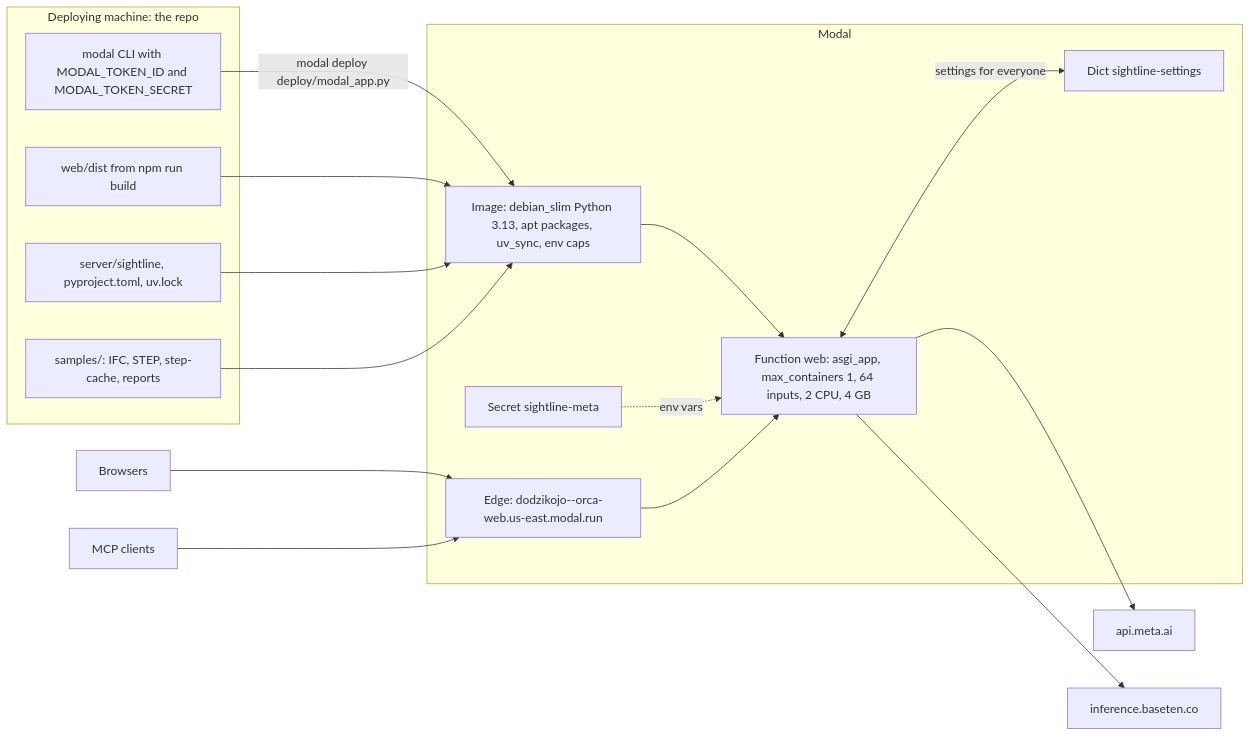
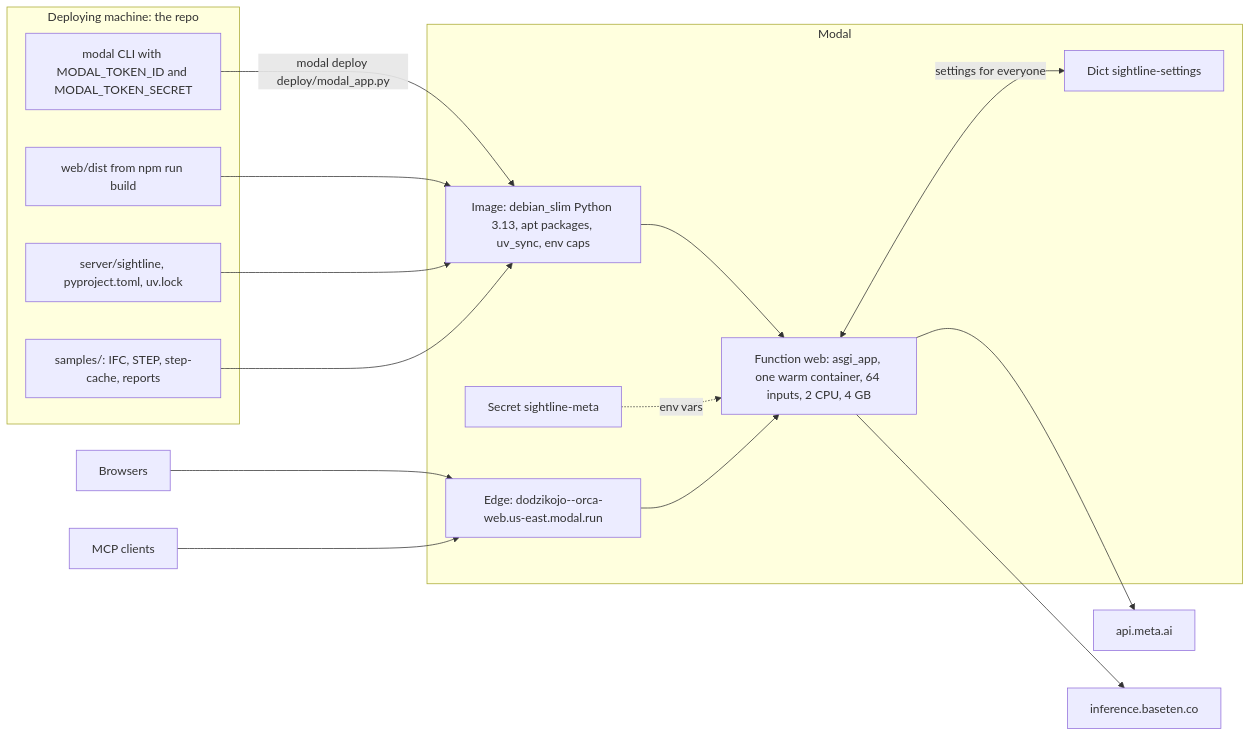
The first of 2 diagrams in docs/architecture/17-deployment-and-operations.md (IssueLab-Inc/ORCA), drawn with Mermaid before and after one commit. The commit also changed other lines of this file and 7 other files, not shown here.

````diff
--- a/docs/architecture/17-deployment-and-operations.md
+++ b/docs/architecture/17-deployment-and-operations.md
@@ -18,32 +19,32 @@
 ```mermaid
 flowchart LR
   subgraph dev["Deploying machine: the repo"]
     dist["web/dist from npm run build"]
     code["server/sightline, pyproject.toml, uv.lock"]
     samples["samples/: IFC, STEP, step-cache, reports"]
     cli["modal CLI with MODAL_TOKEN_ID and MODAL_TOKEN_SECRET"]
   end
   subgraph cloud["Modal"]
     image["Image: debian_slim Python 3.13, apt packages, uv_sync, env caps"]
-    fn["Function web: asgi_app, max_containers 1, 64 inputs, 2 CPU, 4 GB"]
+    fn["Function web: asgi_app, one warm container, 64 inputs, 2 CPU, 4 GB"]
     secret["Secret sightline-meta"]
     store["Dict sightline-settings"]
     edge["Edge: dodzikojo--orca-web.us-east.modal.run"]
   end
   browser["Browsers"]
   agents["MCP clients"]
   meta["api.meta.ai"]
   baseten["inference.baseten.co"]
   cli -->|"modal deploy deploy/modal_app.py"| image
   dist --> image
   code --> image
   samples --> image
   image --> fn
   secret -.->|"env vars"| fn
   fn <-->|"settings for everyone"| store
   browser --> edge
   agents --> edge
   edge --> fn
   fn --> meta
   fn --> baseten
 ```
````
